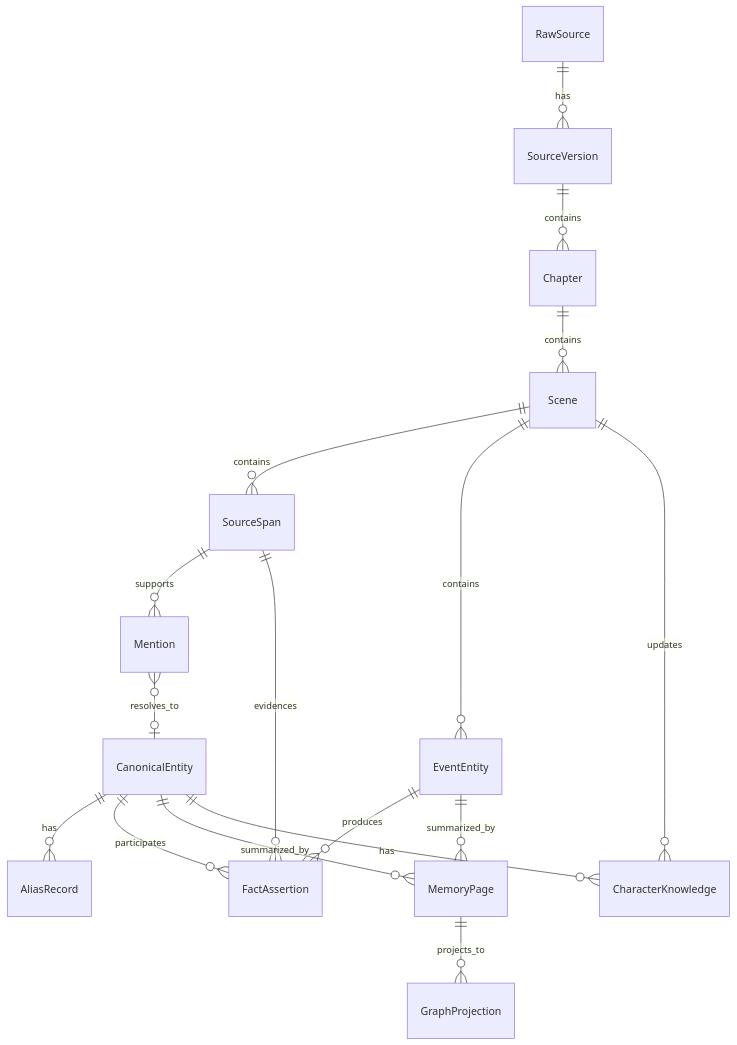
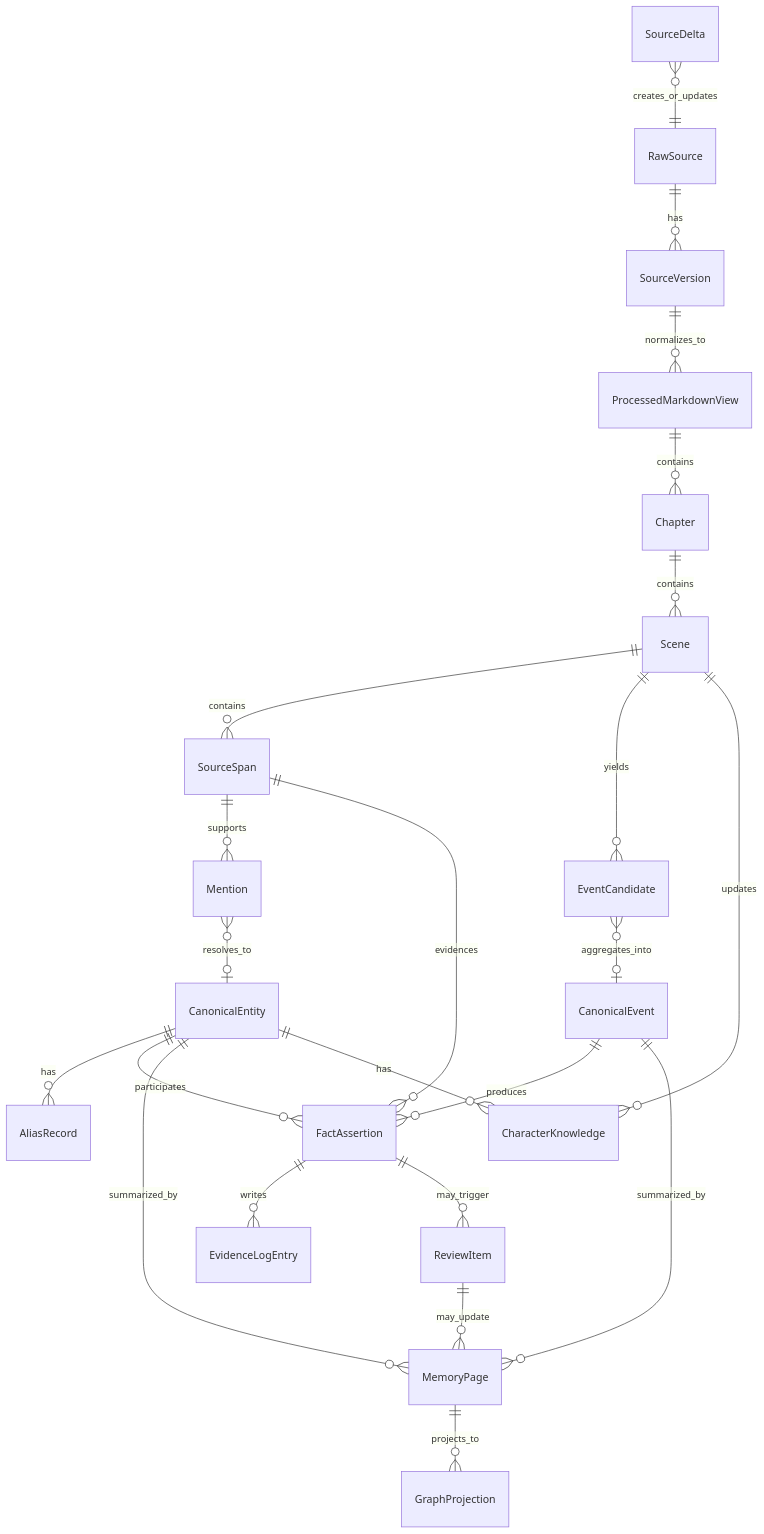
Before and after one commit to FrankQDWang/sextantlabs: the diagram in goals/02-core-data-structures.md, drawn with Mermaid. The commit also changed other lines of this file and 16 other files, not shown here.

````diff
--- a/goals/02-core-data-structures.md
+++ b/goals/02-core-data-structures.md
@@ -7,19 +7,25 @@
 ```mermaid
 erDiagram
+    SourceDelta }o--|| RawSource : creates_or_updates
     RawSource ||--o{ SourceVersion : has
-    SourceVersion ||--o{ Chapter : contains
+    SourceVersion ||--o{ ProcessedMarkdownView : normalizes_to
+    ProcessedMarkdownView ||--o{ Chapter : contains
     Chapter ||--o{ Scene : contains
     Scene ||--o{ SourceSpan : contains
     SourceSpan ||--o{ Mention : supports
     Mention }o--o| CanonicalEntity : resolves_to
     CanonicalEntity ||--o{ AliasRecord : has
-    Scene ||--o{ EventEntity : contains
-    EventEntity ||--o{ FactAssertion : produces
+    Scene ||--o{ EventCandidate : yields
+    EventCandidate }o--o| CanonicalEvent : aggregates_into
+    CanonicalEvent ||--o{ FactAssertion : produces
     CanonicalEntity ||--o{ FactAssertion : participates
     SourceSpan ||--o{ FactAssertion : evidences
+    FactAssertion ||--o{ EvidenceLogEntry : writes
+    FactAssertion ||--o{ ReviewItem : may_trigger
     CanonicalEntity ||--o{ MemoryPage : summarized_by
-    EventEntity ||--o{ MemoryPage : summarized_by
+    CanonicalEvent ||--o{ MemoryPage : summarized_by
     Scene ||--o{ CharacterKnowledge : updates
     CanonicalEntity ||--o{ CharacterKnowledge : has
     MemoryPage ||--o{ GraphProjection : projects_to
+    ReviewItem ||--o{ MemoryPage : may_update
 ```
````
